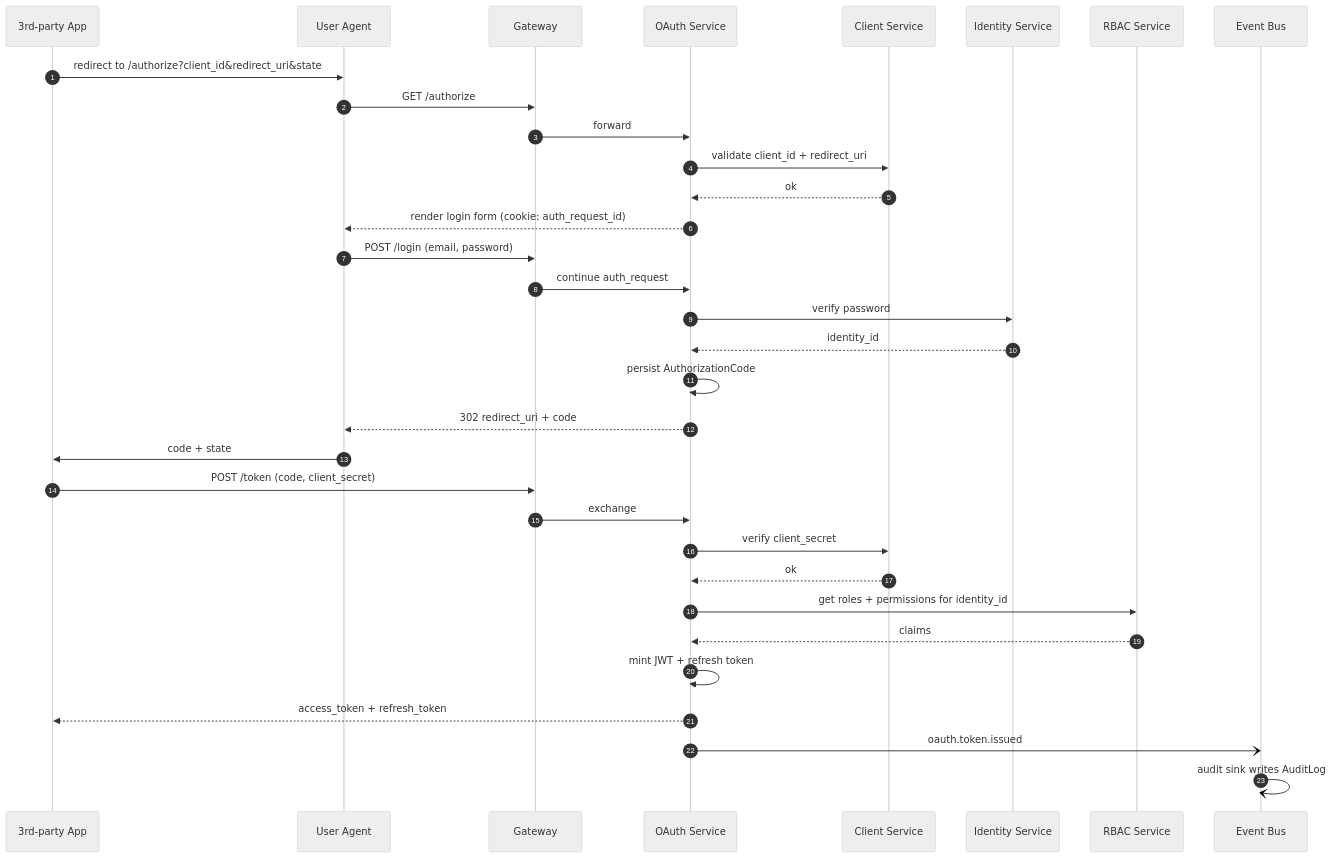
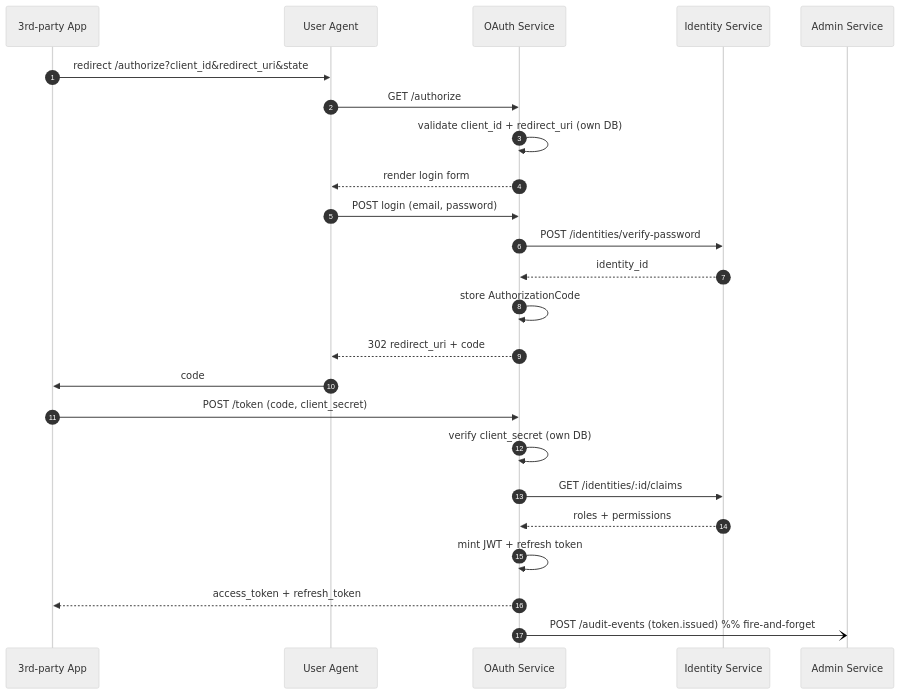
Before and after one commit to mosup16/SW-IDP: the second of 2 diagrams in design/ARCHITECTURE.md, drawn with Mermaid (neutral theme). The commit also changed other lines of this file, not shown here.

````diff
--- a/design/ARCHITECTURE.md
+++ b/design/ARCHITECTURE.md
@@ -138,36 +67,27 @@
 ```mermaid
 sequenceDiagram
     autonumber
     participant App as 3rd-party App
     participant UA as User Agent
-    participant GW as Gateway
     participant OA as OAuth Service
-    participant CL as Client Service
     participant ID as Identity Service
-    participant RB as RBAC Service
-    participant BUS as Event Bus
+    participant AD as Admin Service
 
-    App->>UA: redirect to /authorize?client_id&redirect_uri&state
-    UA->>GW: GET /authorize
-    GW->>OA: forward
-    OA->>CL: validate client_id + redirect_uri
-    CL-->>OA: ok
-    OA-->>UA: render login form (cookie: auth_request_id)
-    UA->>GW: POST /login (email, password)
-    GW->>OA: continue auth_request
-    OA->>ID: verify password
+    App->>UA: redirect /authorize?client_id&redirect_uri&state
+    UA->>OA: GET /authorize
+    OA->>OA: validate client_id + redirect_uri (own DB)
+    OA-->>UA: render login form
+    UA->>OA: POST login (email, password)
+    OA->>ID: POST /identities/verify-password
     ID-->>OA: identity_id
-    OA->>OA: persist AuthorizationCode
+    OA->>OA: store AuthorizationCode
     OA-->>UA: 302 redirect_uri + code
-    UA->>App: code + state
-    App->>GW: POST /token (code, client_secret)
-    GW->>OA: exchange
-    OA->>CL: verify client_secret
-    CL-->>OA: ok
-    OA->>RB: get roles + permissions for identity_id
-    RB-->>OA: claims
+    UA->>App: code
+    App->>OA: POST /token (code, client_secret)
+    OA->>OA: verify client_secret (own DB)
+    OA->>ID: GET /identities/:id/claims
+    ID-->>OA: roles + permissions
     OA->>OA: mint JWT + refresh token
     OA-->>App: access_token + refresh_token
-    OA-)BUS: oauth.token.issued
-    BUS-)BUS: audit sink writes AuditLog
+    OA-)AD: POST /audit-events (token.issued)  %% fire-and-forget
 ```
````
